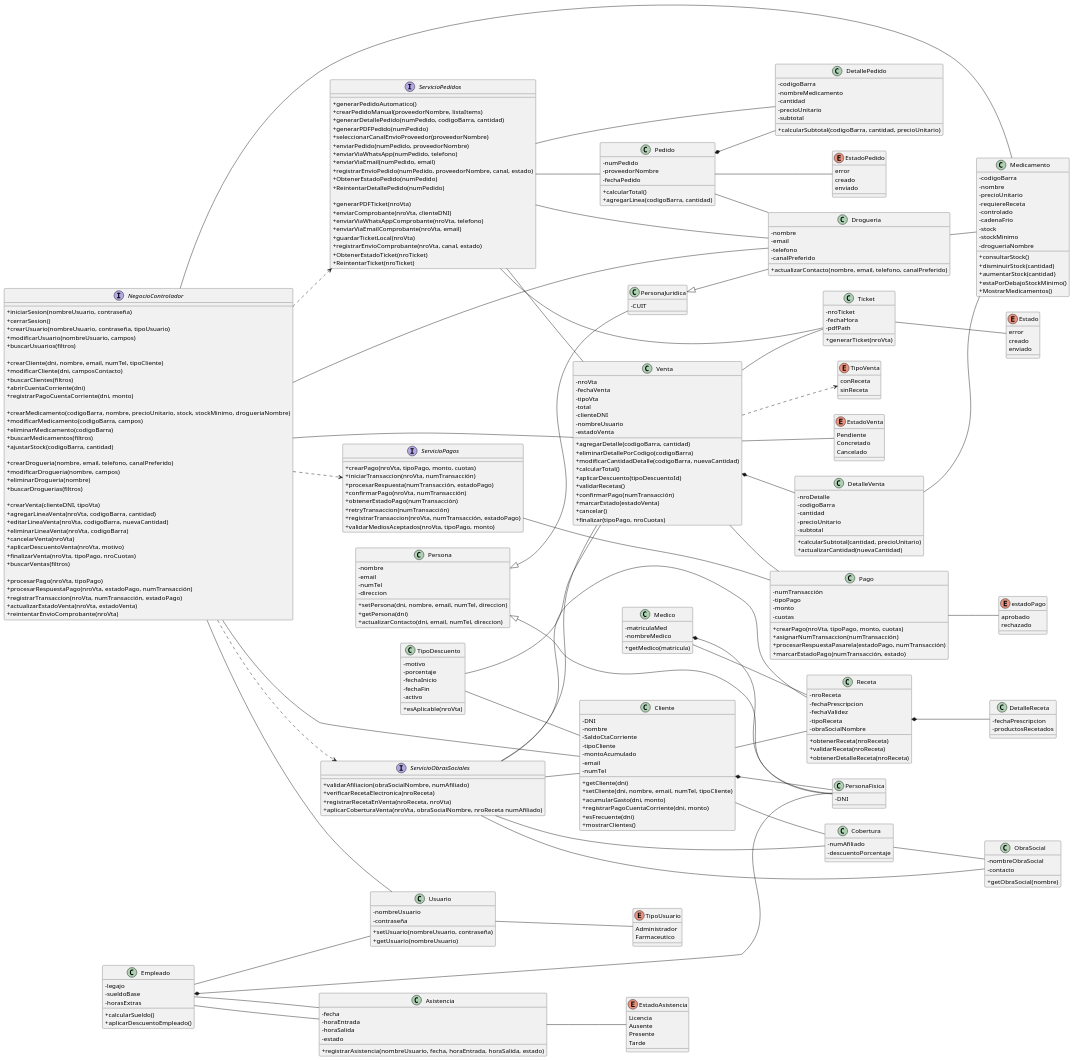
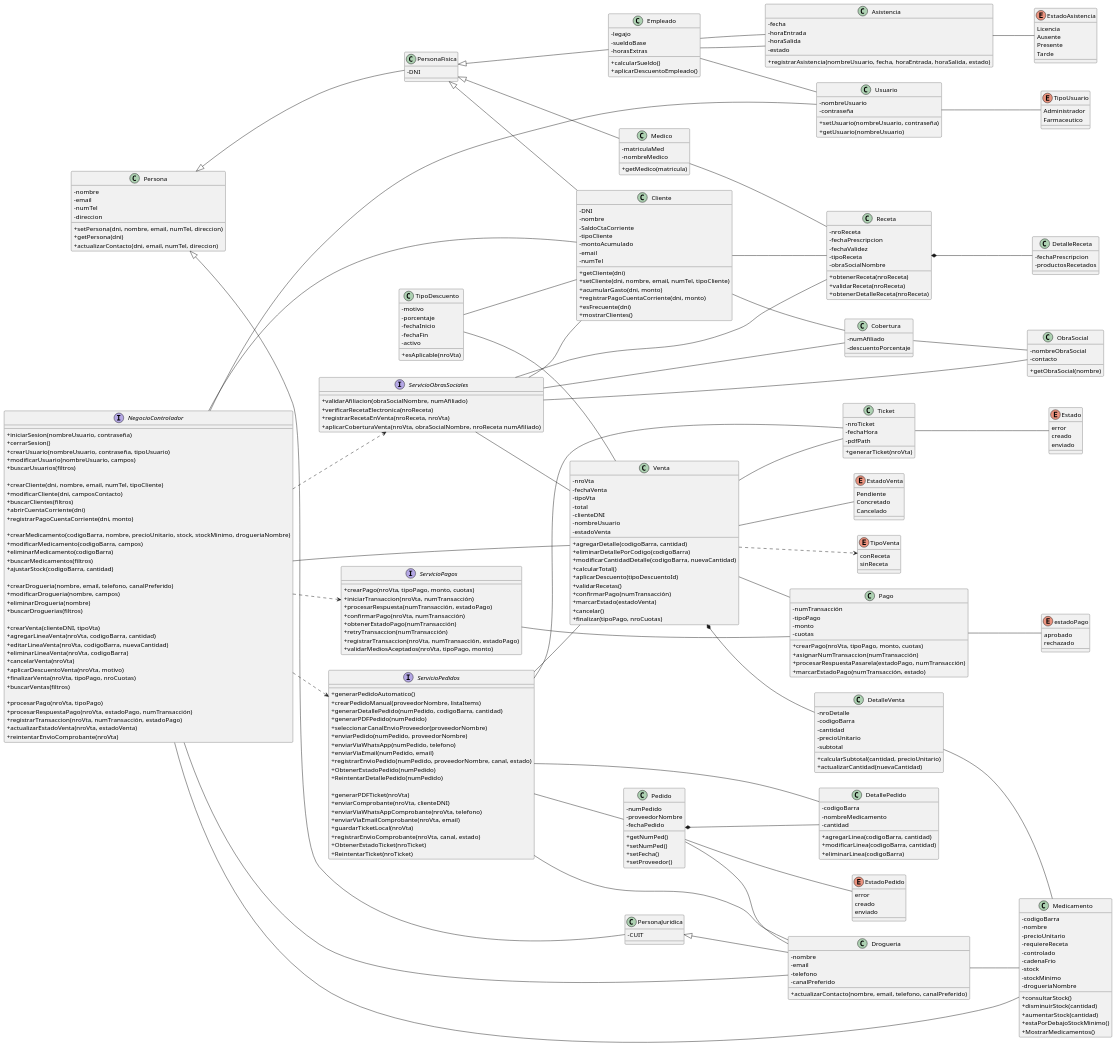
Before and after one commit to zEzequR/PF-I: the diagram in 07 - Diagrama de Clases/DiagramaClases.puml, drawn with PlantUML. The commit also changed 5 other files, not shown here.

```diff
--- a/07 - Diagrama de Clases/DiagramaClases.puml
+++ b/07 - Diagrama de Clases/DiagramaClases.puml
@@ -86,9 +86,9 @@
     + esFrecuente(dni)
     + mostrarClientes()
 }
-Cliente *-- PersonaFisica
-Empleado *-- PersonaFisica
-Medico *-- PersonaFisica
+PersonaFisica <|-- Cliente
+PersonaFisica <|-- Empleado
+PersonaFisica <|-- Medico
 ' ----------------- MEDICO / RECETA -----------------
 class Medico {
     - matriculaMed
@@ -262,8 +262,10 @@
     - proveedorNombre
     - fechaPedido
 
-    + calcularTotal()
-    + agregarLinea(codigoBarra, cantidad)
+    +getNumPed()
+    +setNumPed()
+    +setFecha()
+    +setProveedor()
 }
 
 enum EstadoPedido{
@@ -276,11 +278,12 @@
     - codigoBarra
     - nombreMedicamento
     - cantidad
-    - precioUnitario
-    - subtotal
 
-    + calcularSubtotal(codigoBarra, cantidad, precioUnitario)
+    + agregarLinea(codigoBarra, cantidad)
+    + modificarLinea(codigoBarra, cantidad)
+    + eliminarLinea(codigoBarra)
 }
+
 Pedido *-- DetallePedido
 Pedido -- Drogueria
 Pedido -- EstadoPedido
```
